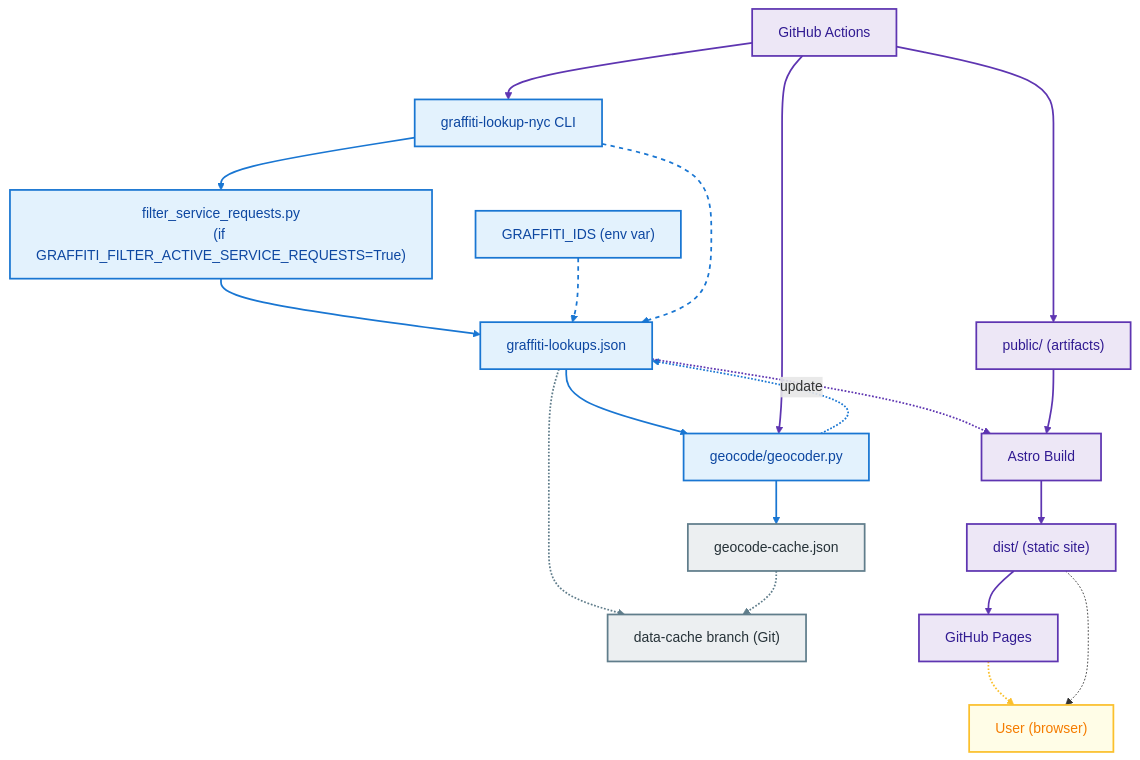
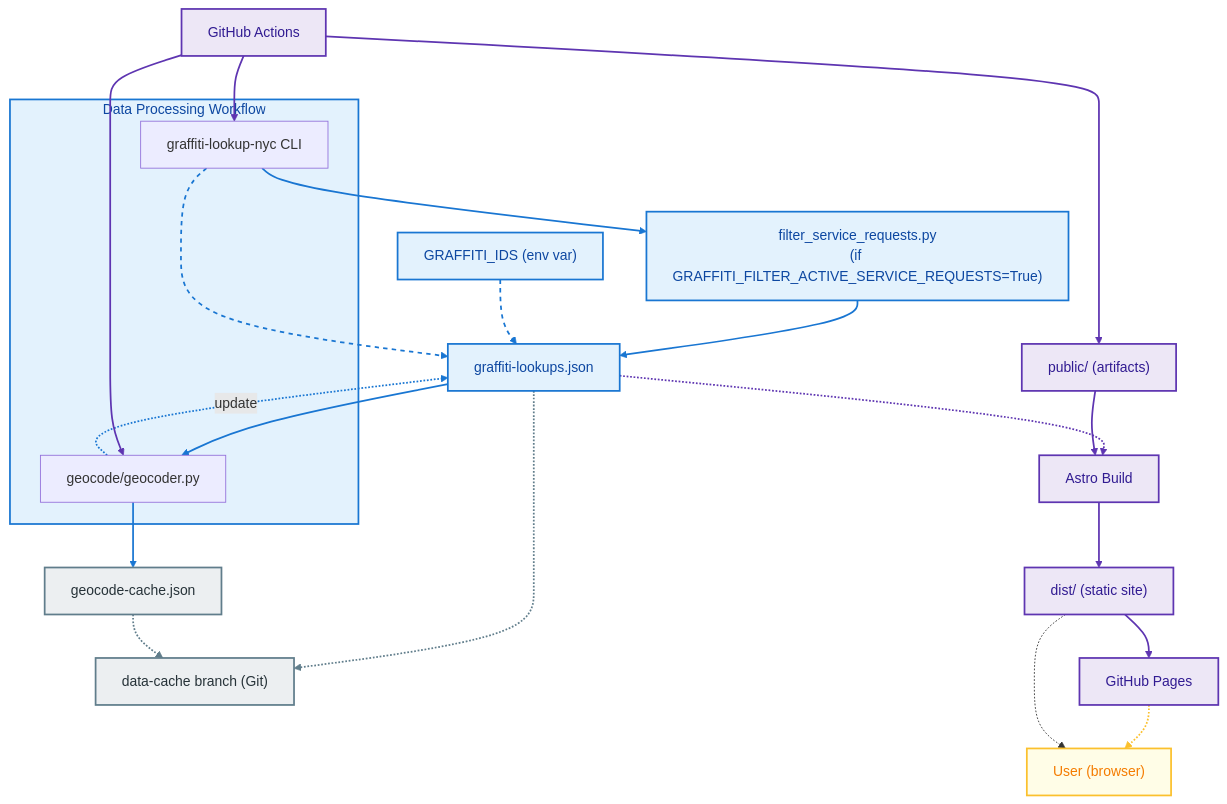
One commit to njamaleddine/graffiti-lookup-nyc-web changed the diagram in README.md. Above: the diagram before and after it, drawn with Mermaid. The commit also changed other lines of this file, not shown here.

````diff
--- a/README.md
+++ b/README.md
@@ -130,11 +130,13 @@
 ```mermaid
 flowchart TD
 
-   %% Data Acquisition & Processing
-   CLI["graffiti-lookup-nyc CLI"]
+   %% Data Processing Workflow (CLI + Geocoder)
+   subgraph WORKFLOW["Data Processing Workflow"]
+      CLI["graffiti-lookup-nyc CLI"]
+      GEOCODE["geocode/geocoder.py"]
+   end
    FILTER["filter_service_requests.py\n(if GRAFFITI_FILTER_ACTIVE_SERVICE_REQUESTS=True)"]
    IDS["GRAFFITI_IDS (env var)"]
-   GEOCODE["geocode/geocoder.py"]
    LOOKUPS["graffiti-lookups.json"]
    CACHE["geocode-cache.json"]
    DATA_CACHE["data-cache branch (Git)"]
@@ -166,13 +168,11 @@
    GH_PAGES --> USER
    DIST -.-> USER
 
-   %% Node styles
    %% Grouped node styles
    %% Data acquisition (blue)
-   style CLI fill:#e3f2fd,stroke:#1976d2,stroke-width:2px,color:#0d47a1
+   style WORKFLOW fill:#e3f2fd,stroke:#1976d2,stroke-width:2px,color:#0d47a1
    style FILTER fill:#e3f2fd,stroke:#1976d2,stroke-width:2px,color:#0d47a1
    style IDS fill:#e3f2fd,stroke:#1976d2,stroke-width:2px,color:#0d47a1
-   style GEOCODE fill:#e3f2fd,stroke:#1976d2,stroke-width:2px,color:#0d47a1
    style LOOKUPS fill:#e3f2fd,stroke:#1976d2,stroke-width:2px,color:#0d47a1
 
    %% Caching (gray)
````
